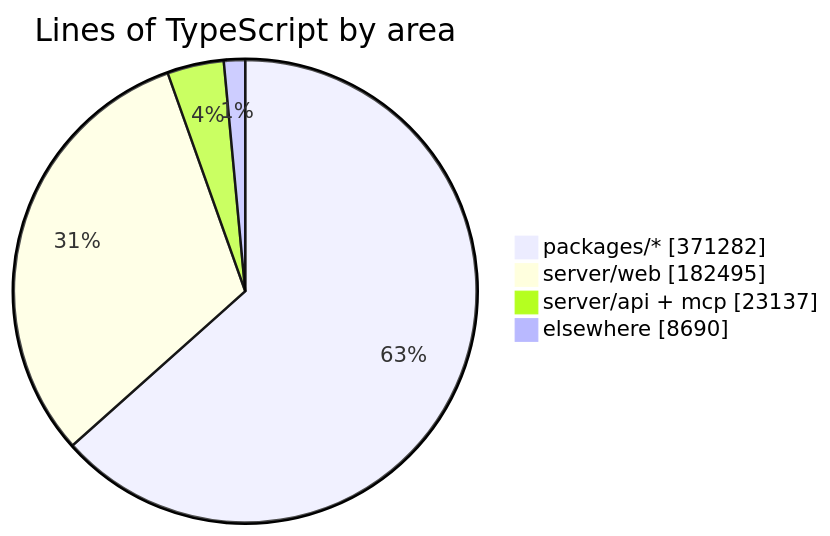
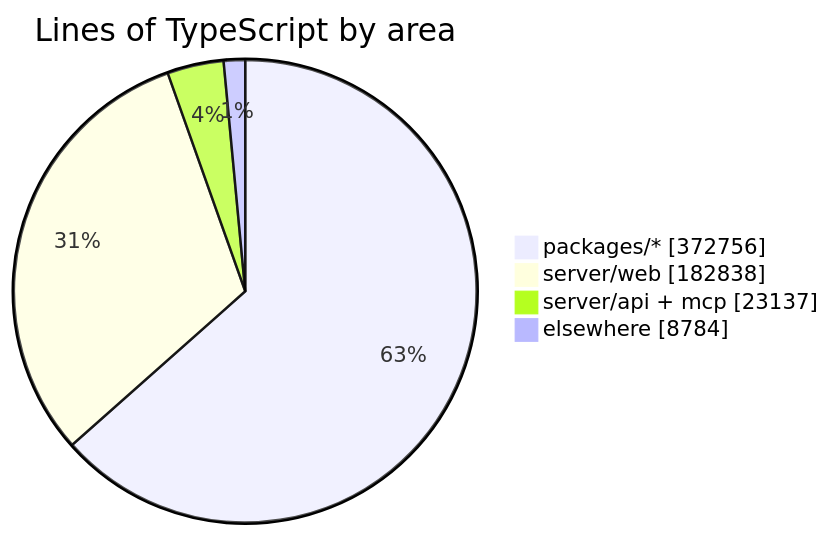
One commit to crossworks-engineering/mantle changed the diagram in README.md. Above: the diagram before and after it, drawn with Mermaid. The commit also changed other lines of this file and 2 other files, not shown here.

````diff
--- a/README.md
+++ b/README.md
@@ -294,7 +294,7 @@
 ```mermaid
 pie showData title Lines of TypeScript by area
-    "packages/*" : 371282
-    "server/web" : 182495
+    "packages/*" : 372756
+    "server/web" : 182838
     "server/api + mcp" : 23137
-    "elsewhere" : 8690
+    "elsewhere" : 8784
 ```
````
